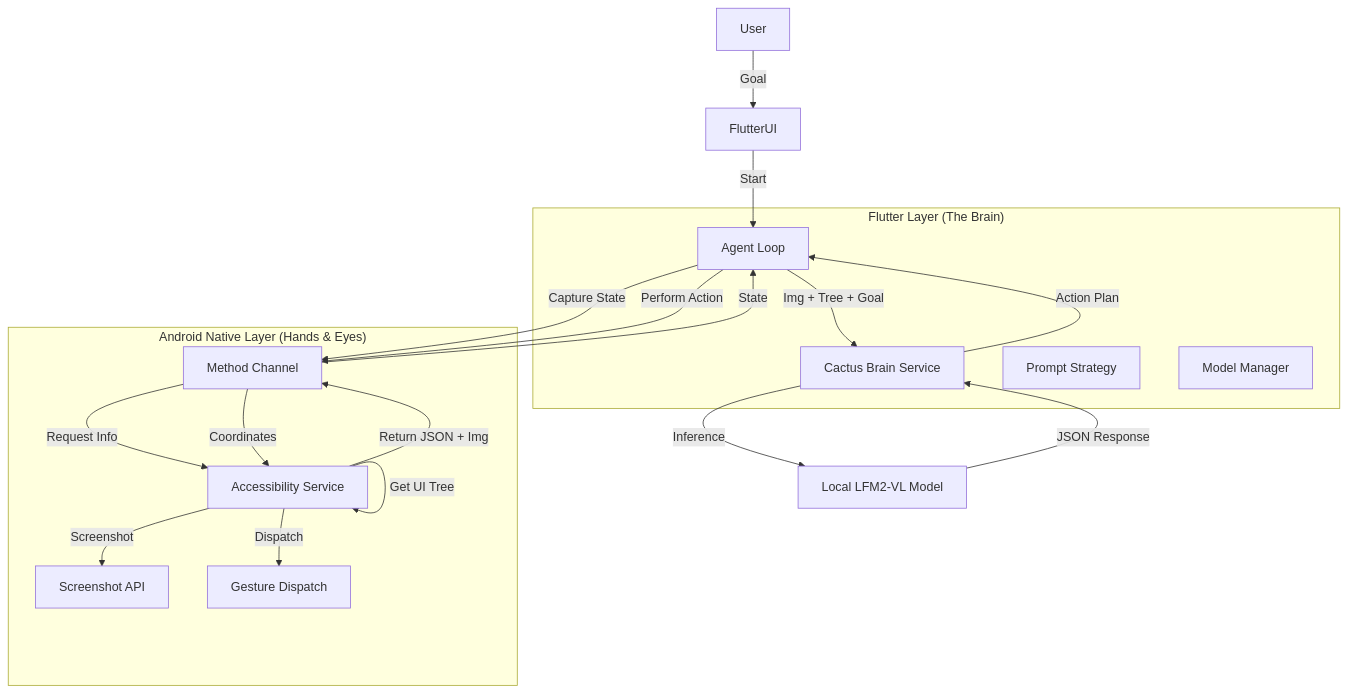
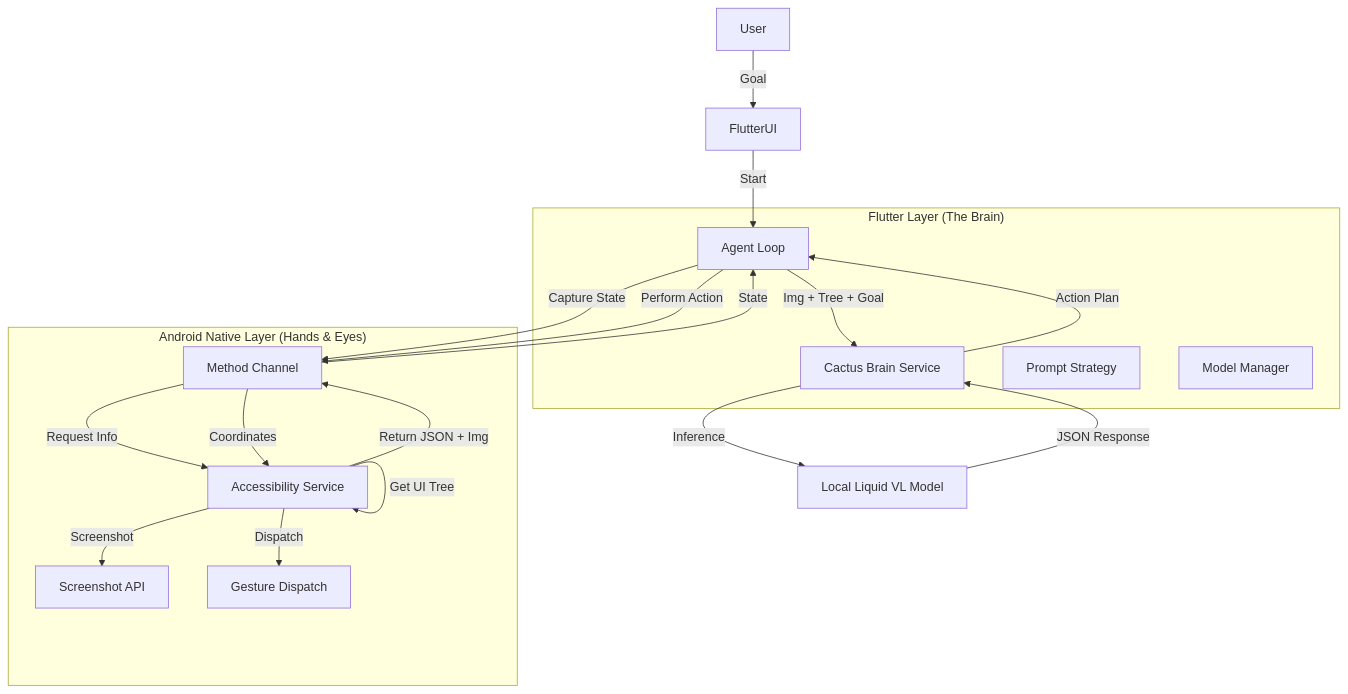
One commit to berdyh/auch changed the diagram in ARCHITECTURE.md. Above: the diagram before and after it, drawn with Mermaid. The commit also changed other lines of this file and 1 other file, not shown here.

Commit message:
docs: update ARCHITECTURE.md and README.md with current Android-only specs and model details

````diff
--- a/ARCHITECTURE.md
+++ b/ARCHITECTURE.md
@@ -7,35 +7,35 @@
 ```mermaid
 graph TD
     User[User] -->|Goal| FlutterUI
     FlutterUI -->|Start| AgentLoop
 
     subgraph "Flutter Layer (The Brain)"
         AgentLoop[Agent Loop]
         CactusService[Cactus Brain Service]
         PromptStrategy[Prompt Strategy]
         ModelManager[Model Manager]
     end
 
     subgraph "Android Native Layer (Hands & Eyes)"
         MethodChannel[Method Channel]
         AccessService[Accessibility Service]
         Screenshot[Screenshot API]
         Gesture[Gesture Dispatch]
     end
 
     AgentLoop -->|Capture State| MethodChannel
     MethodChannel -->|Request Info| AccessService
     AccessService -->|Screenshot| Screenshot
     AccessService -->|Get UI Tree| AccessService
     AccessService -->|Return JSON + Img| MethodChannel
 
     MethodChannel -->|State| AgentLoop
     AgentLoop -->|Img + Tree + Goal| CactusService
-    CactusService -->|Inference| LocalLLM[Local LFM2-VL Model]
+    CactusService -->|Inference| LocalLLM[Local Liquid VL Model]
     LocalLLM -->|JSON Response| CactusService
 
     CactusService -->|Action Plan| AgentLoop
     AgentLoop -->|Perform Action| MethodChannel
     MethodChannel -->|Coordinates| AccessService
     AccessService -->|Dispatch| Gesture
 ```
````
